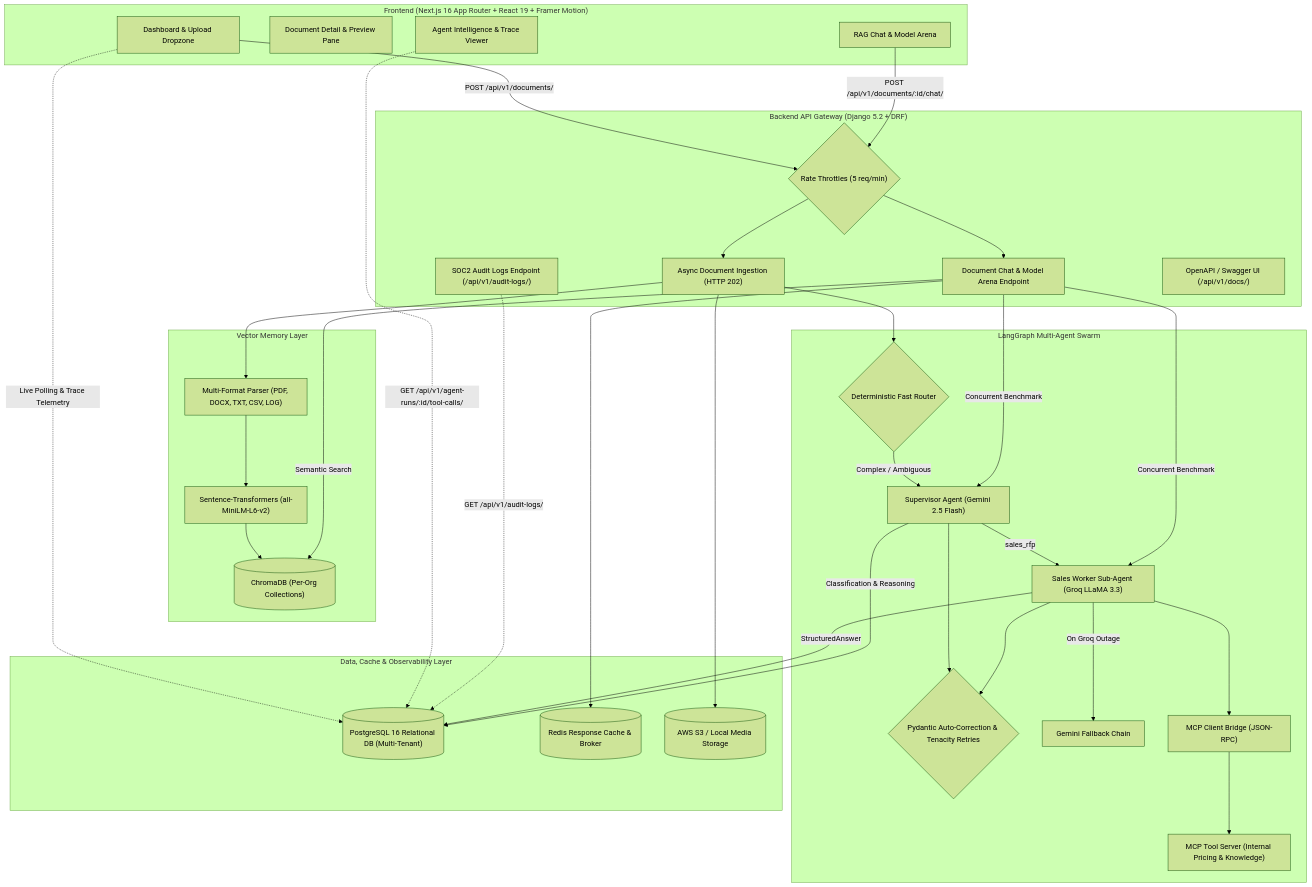
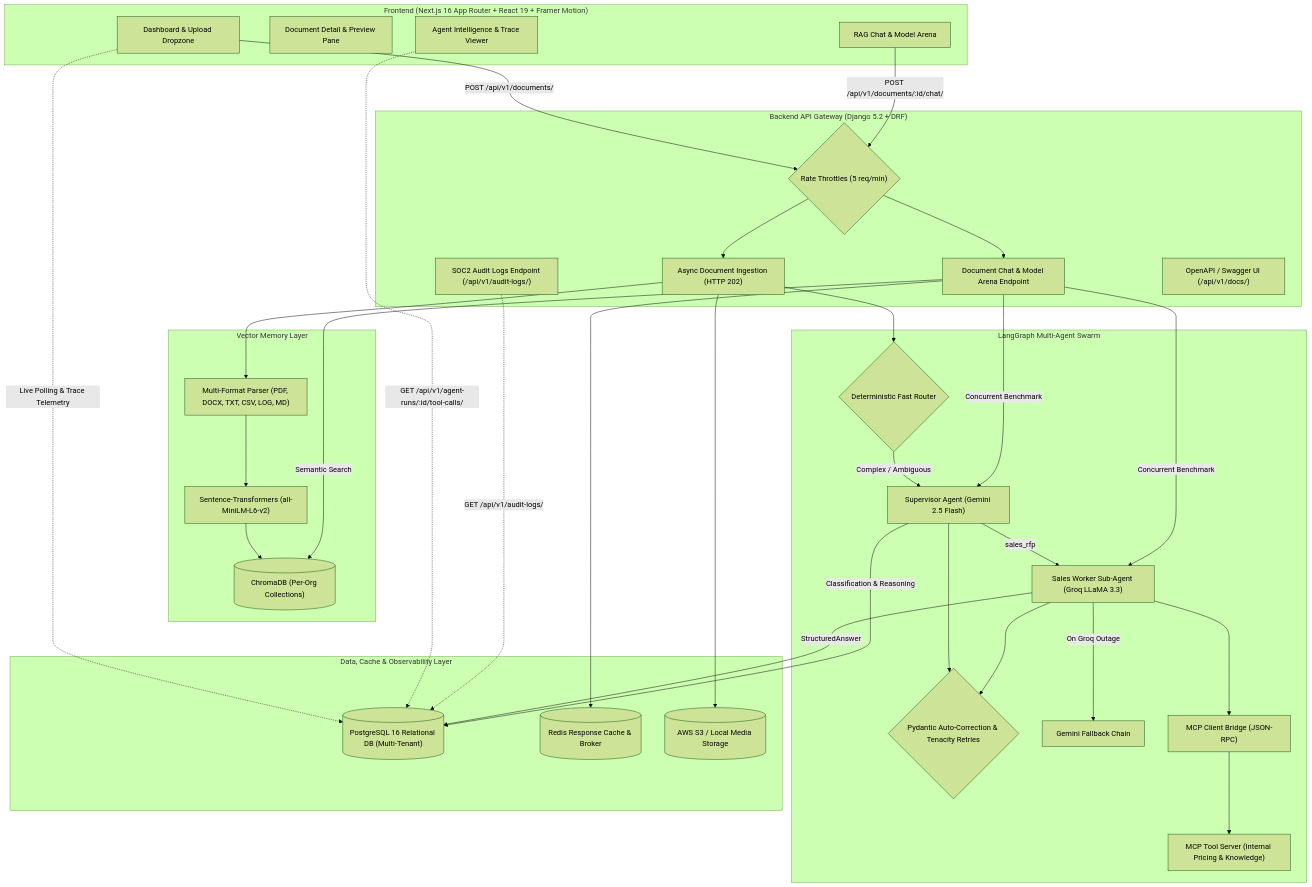
The diagram in README.md (FaizanCyber007/OpsNexus), drawn with Mermaid (forest theme) before and after one commit. The commit also changed other lines of this file and 11 other files, not shown here.

````diff
--- a/README.md
+++ b/README.md
@@ -56,62 +56,62 @@
 ```mermaid
 flowchart TD
     subgraph Frontend["Frontend (Next.js 16 App Router + React 19 + Framer Motion)"]
         UI["Dashboard & Upload Dropzone"]
         Workbench["Document Detail & Preview Pane"]
         TraceUI["Agent Intelligence & Trace Viewer"]
         ArenaUI["RAG Chat & Model Arena"]
     end
 
     subgraph API["Backend API Gateway (Django 5.2 + DRF)"]
         Ingest["Async Document Ingestion (HTTP 202)"]
         ChatAPI["Document Chat & Model Arena Endpoint"]
         AuditAPI["SOC2 Audit Logs Endpoint (/api/v1/audit-logs/)"]
         Swagger["OpenAPI / Swagger UI (/api/v1/docs/)"]
         Throttle{"Rate Throttles (5 req/min)"}
     end
 
     subgraph Memory["Vector Memory Layer"]
-        Extractor["Multi-Format Parser (PDF, DOCX, TXT, CSV, LOG)"]
+        Extractor["Multi-Format Parser (PDF, DOCX, TXT, CSV, LOG, MD)"]
         Embedder["Sentence-Transformers (all-MiniLM-L6-v2)"]
         Chroma[("ChromaDB (Per-Org Collections)")]
     end
 
     subgraph Agents["LangGraph Multi-Agent Swarm"]
         FastRouter{"Deterministic Fast Router"}
         Supervisor["Supervisor Agent (Gemini 2.5 Flash)"]
         Guardrails{"Pydantic Auto-Correction & Tenacity Retries"}
         SalesWorker["Sales Worker Sub-Agent (Groq LLaMA 3.3)"]
         Fallback["Gemini Fallback Chain"]
         MCPClient["MCP Client Bridge (JSON-RPC)"]
         MCPHost["MCP Tool Server (Internal Pricing & Knowledge)"]
     end
 
     subgraph Storage["Data, Cache & Observability Layer"]
         PG[("PostgreSQL 16 Relational DB (Multi-Tenant)")]
         Redis[("Redis Response Cache & Broker")]
         S3[("AWS S3 / Local Media Storage")]
     end
 
     UI -->|POST /api/v1/documents/| Throttle --> Ingest
     Ingest --> Extractor --> Embedder --> Chroma
     Ingest --> S3
     Ingest --> FastRouter
     FastRouter -->|Complex / Ambiguous| Supervisor
     Supervisor --> Guardrails
     Supervisor -->|sales_rfp| SalesWorker
     SalesWorker --> Guardrails
     SalesWorker -->|On Groq Outage| Fallback
     SalesWorker --> MCPClient --> MCPHost
     SalesWorker -->|StructuredAnswer| PG
     Supervisor -->|Classification & Reasoning| PG
     
     ArenaUI -->|POST /api/v1/documents/:id/chat/| Throttle --> ChatAPI
     ChatAPI --> Redis
     ChatAPI -->|Semantic Search| Chroma
     ChatAPI -->|Concurrent Benchmark| SalesWorker
     ChatAPI -->|Concurrent Benchmark| Supervisor
 
     UI -.->|Live Polling & Trace Telemetry| PG
     TraceUI -.->|GET /api/v1/agent-runs/:id/tool-calls/| PG
     AuditAPI -.->|GET /api/v1/audit-logs/| PG
 ```
````
